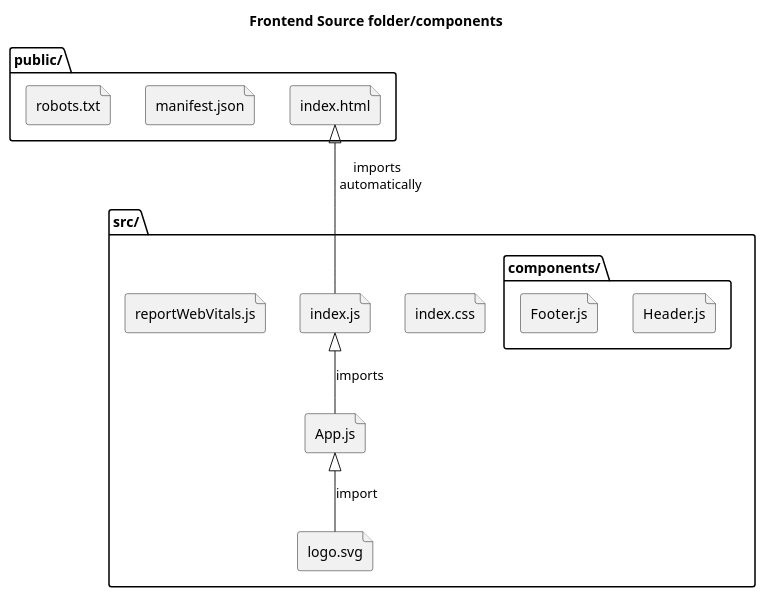
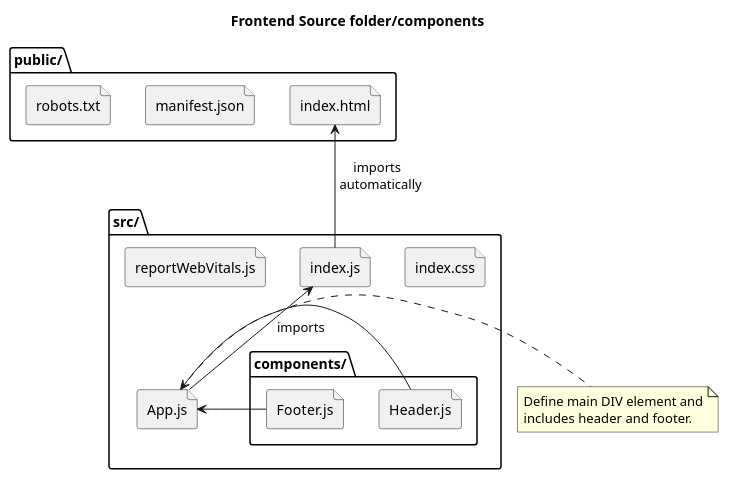
Before and after one commit to DavidHartman-Personal/djangoProject: the second of 2 diagrams in README.md, drawn with PlantUML. The commit also changed other lines of this file and 10 other files, not shown here.

````diff
--- a/README.md
+++ b/README.md
@@ -207,28 +862,33 @@
 ```plantuml
 @startuml
 
 Title Frontend Source folder/components
 
 folder "public/" as public_folder {
   file index.html as index
   file manifest.json as manifest
   file robots.txt as robots
 }
 
 package "src/" as source_folder {
   file App.js as App.js
   file index.css as index.css
   file index.js as index.js
-  file reportWebVitals.js as reportWebVitals.js
-  file logo.svg as logo.svg
   package "components/" as components_folder {
      file Header.js as Header.js
      file Footer.js as Footer.js
   }
+  file reportWebVitals.js as reportWebVitals.js
 }
 
+note right of App.js
+  Define main DIV element and
+  includes header and footer.
+end note
 
-App.js <|-- logo.svg : import
-index <|-- index.js : imports \n automatically
-index.js <|-- App.js : imports
+App.js <-l- Header.js
+App.js <-d- Footer.js
+index <-- index.js : imports \n automatically
+index.js <-- App.js : imports
+@enduml
 ```
````
